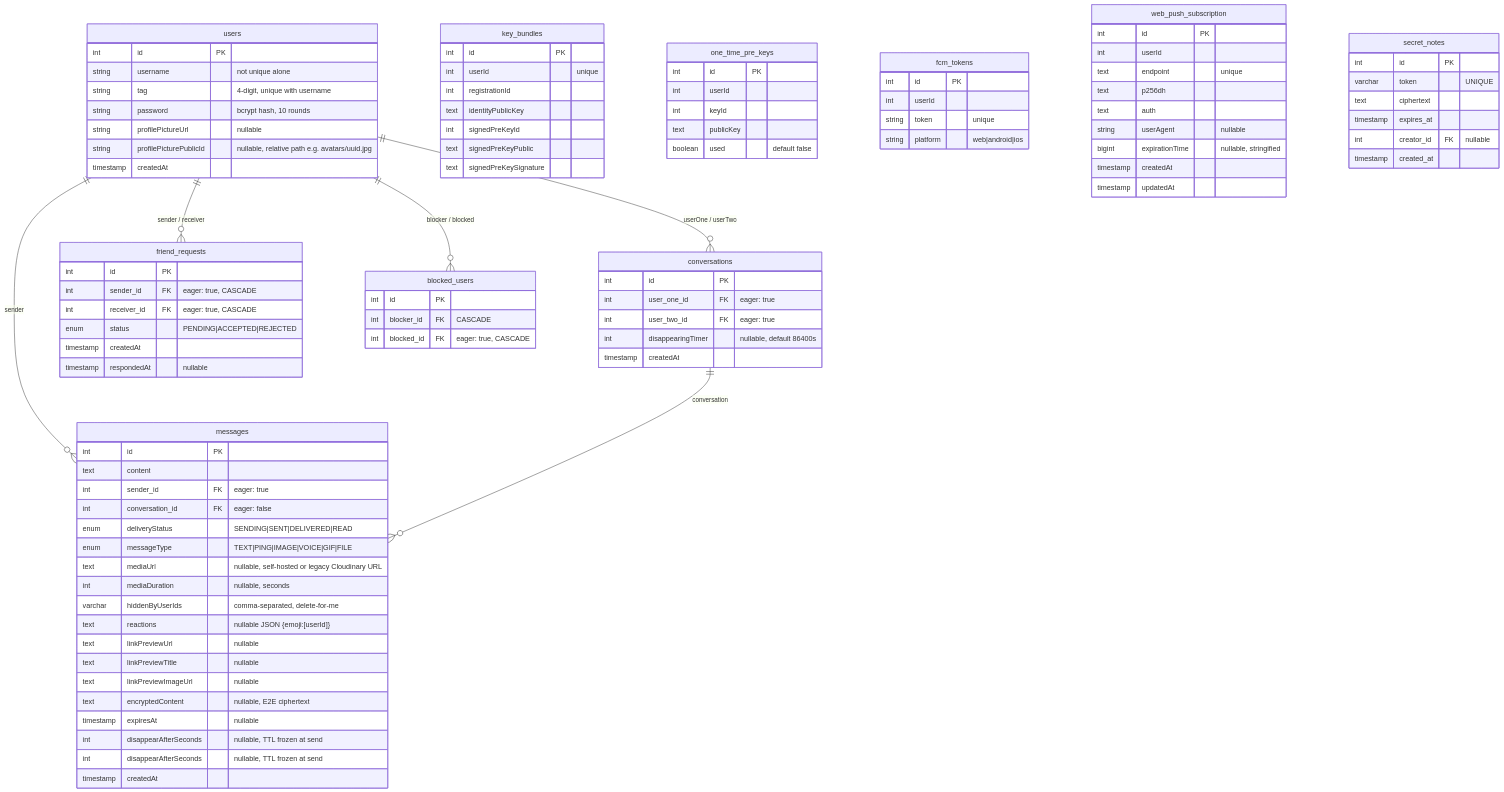
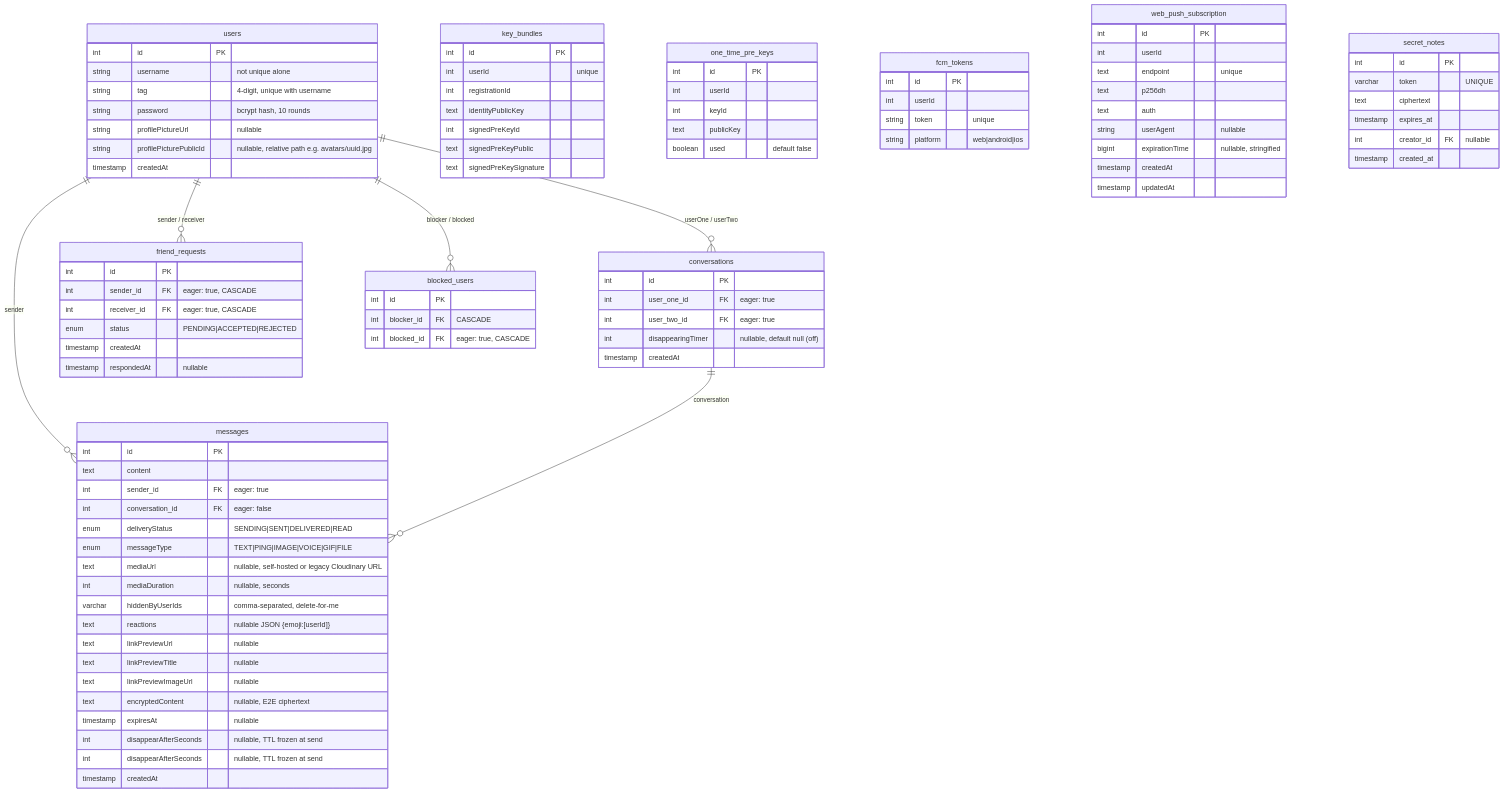
The second of 2 diagrams in CLAUDE.md (Lentach/Fireplace), drawn with Mermaid before and after one commit. The commit also changed other lines of this file and 22 other files, not shown here.

```diff
--- a/CLAUDE.md
+++ b/CLAUDE.md
@@ -276,7 +276,7 @@
         int id PK
         int user_one_id FK "eager: true"
         int user_two_id FK "eager: true"
-        int disappearingTimer "nullable, default 86400s"
+        int disappearingTimer "nullable, default null (off)"
         timestamp createdAt
     }
 
```
